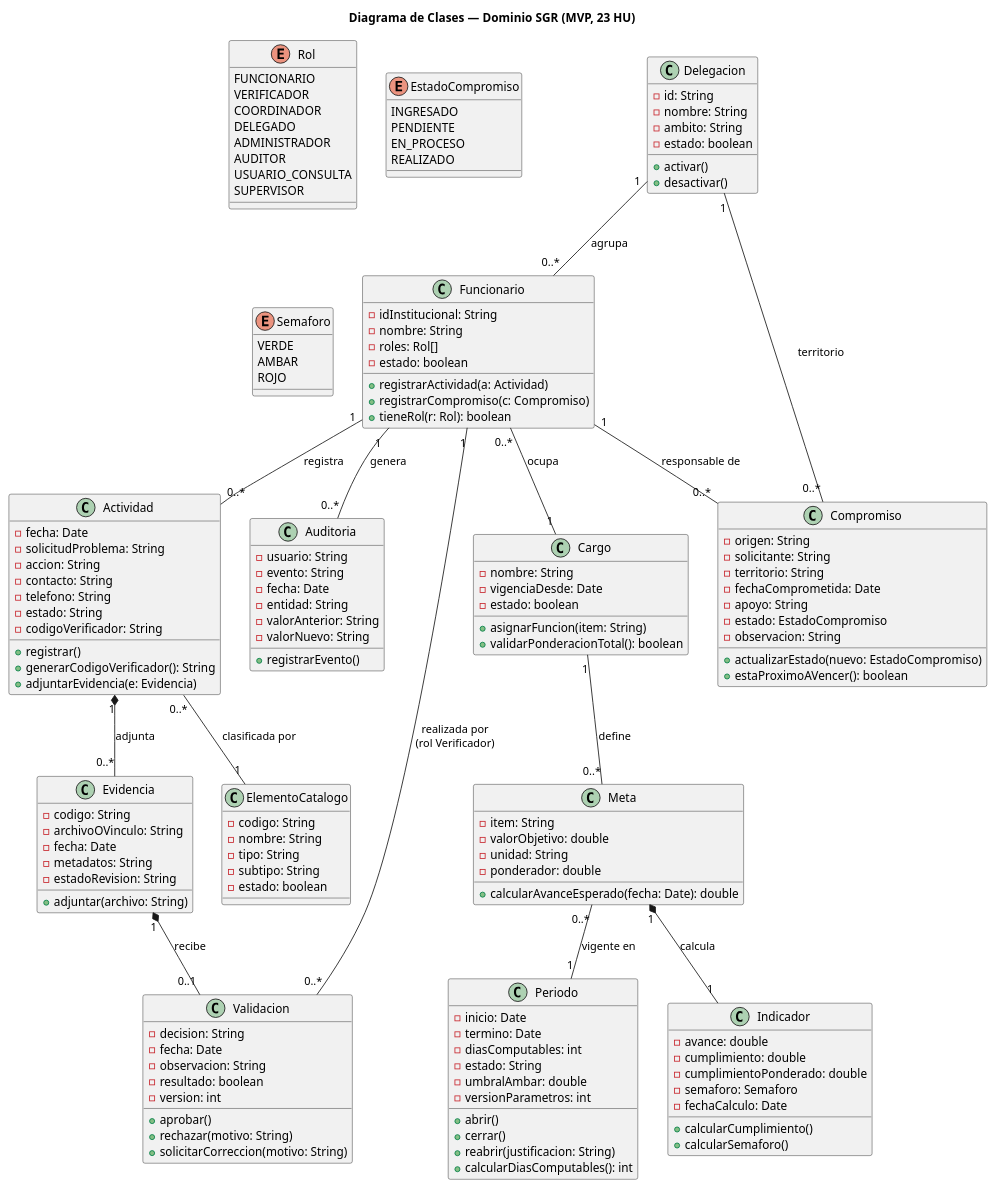
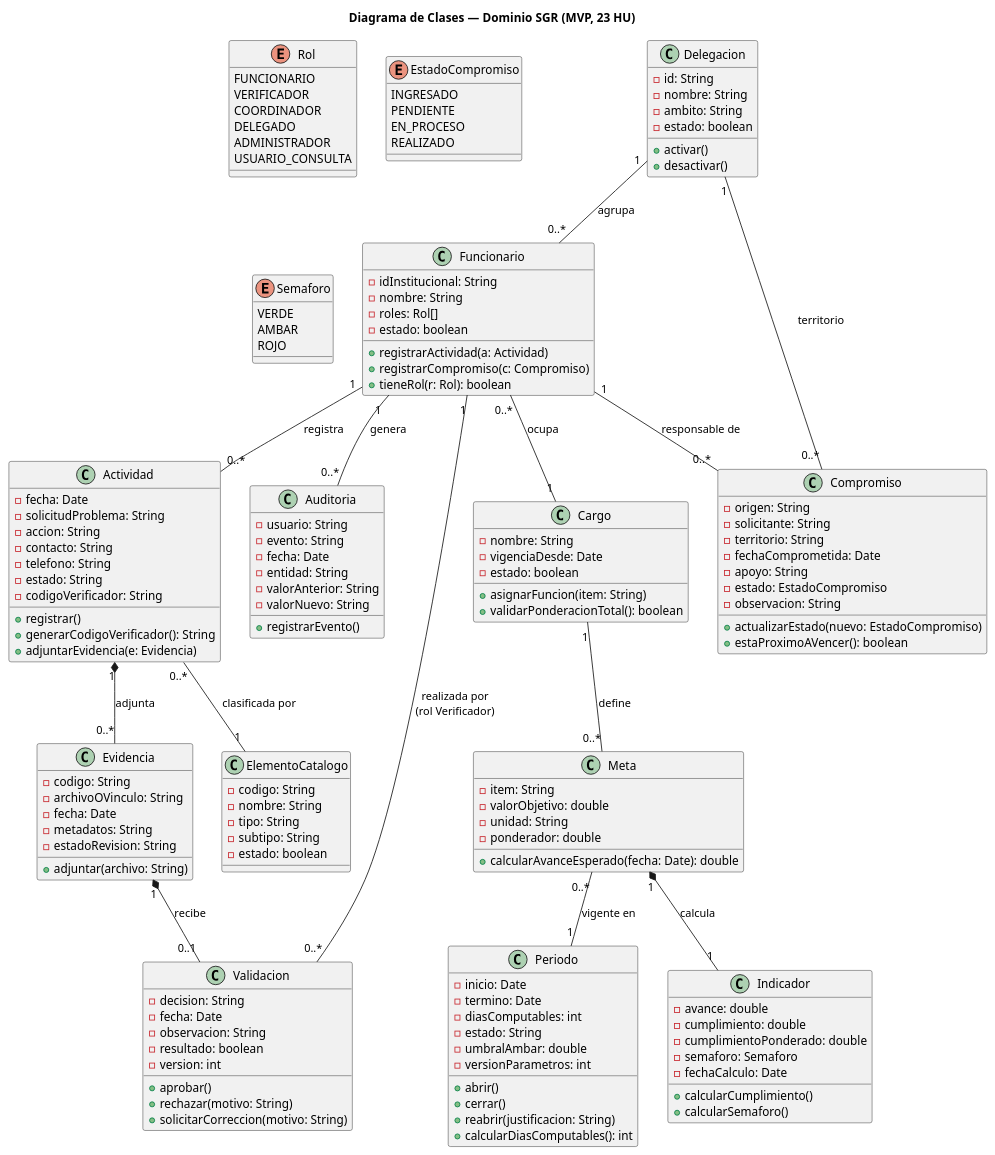
The diagram in assets/actividad-3/clases-dominio.puml (Ren-reno/ev1), drawn with PlantUML before and after one commit. The commit also changed 5 other files, not shown here.

First line of the commit message:
actividad-3: alinear diagramas de casos de uso, clases y componentes con guia-sgr.md

```diff
--- a/assets/actividad-3/clases-dominio.puml
+++ b/assets/actividad-3/clases-dominio.puml
@@ -1,163 +1,161 @@
 @startuml clases-dominio
 title Diagrama de Clases — Dominio SGR (MVP, 23 HU)
 
 enum Rol {
   FUNCIONARIO
   VERIFICADOR
   COORDINADOR
   DELEGADO
   ADMINISTRADOR
-  AUDITOR
   USUARIO_CONSULTA
-  SUPERVISOR
 }
 
 enum EstadoCompromiso {
   INGRESADO
   PENDIENTE
   EN_PROCESO
   REALIZADO
 }
 
 enum Semaforo {
   VERDE
   AMBAR
   ROJO
 }
 
 class Delegacion {
   -id: String
   -nombre: String
   -ambito: String
   -estado: boolean
   +activar()
   +desactivar()
 }
 
 class Cargo {
   -nombre: String
   -vigenciaDesde: Date
   -estado: boolean
   +asignarFuncion(item: String)
   +validarPonderacionTotal(): boolean
 }
 
 class Funcionario {
   -idInstitucional: String
   -nombre: String
   -roles: Rol[]
   -estado: boolean
   +registrarActividad(a: Actividad)
   +registrarCompromiso(c: Compromiso)
   +tieneRol(r: Rol): boolean
 }
 
 class Periodo {
   -inicio: Date
   -termino: Date
   -diasComputables: int
   -estado: String
   -umbralAmbar: double
   -versionParametros: int
   +abrir()
   +cerrar()
   +reabrir(justificacion: String)
   +calcularDiasComputables(): int
 }
 
 class Meta {
   -item: String
   -valorObjetivo: double
   -unidad: String
   -ponderador: double
   +calcularAvanceEsperado(fecha: Date): double
 }
 
 class ElementoCatalogo {
   -codigo: String
   -nombre: String
   -tipo: String
   -subtipo: String
   -estado: boolean
 }
 
 class Actividad {
   -fecha: Date
   -solicitudProblema: String
   -accion: String
   -contacto: String
   -telefono: String
   -estado: String
   -codigoVerificador: String
   +registrar()
   +generarCodigoVerificador(): String
   +adjuntarEvidencia(e: Evidencia)
 }
 
 class Compromiso {
   -origen: String
   -solicitante: String
   -territorio: String
   -fechaComprometida: Date
   -apoyo: String
   -estado: EstadoCompromiso
   -observacion: String
   +actualizarEstado(nuevo: EstadoCompromiso)
   +estaProximoAVencer(): boolean
 }
 
 class Evidencia {
   -codigo: String
   -archivoOVinculo: String
   -fecha: Date
   -metadatos: String
   -estadoRevision: String
   +adjuntar(archivo: String)
 }
 
 class Validacion {
   -decision: String
   -fecha: Date
   -observacion: String
   -resultado: boolean
   -version: int
   +aprobar()
   +rechazar(motivo: String)
   +solicitarCorreccion(motivo: String)
 }
 
 class Indicador {
   -avance: double
   -cumplimiento: double
   -cumplimientoPonderado: double
   -semaforo: Semaforo
   -fechaCalculo: Date
   +calcularCumplimiento()
   +calcularSemaforo()
 }
 
 class Auditoria {
   -usuario: String
   -evento: String
   -fecha: Date
   -entidad: String
   -valorAnterior: String
   -valorNuevo: String
   +registrarEvento()
 }
 
 Delegacion "1" -- "0..*" Funcionario : agrupa
 Funcionario "0..*" -- "1" Cargo : ocupa
 Cargo "1" -- "0..*" Meta : define
 Meta "0..*" -- "1" Periodo : vigente en
 Funcionario "1" -- "0..*" Actividad : registra
 Actividad "0..*" -- "1" ElementoCatalogo : clasificada por
 Actividad "1" *-- "0..*" Evidencia : adjunta
 Evidencia "1" *-- "0..1" Validacion : recibe
 Validacion "0..*" -- "1" Funcionario : realizada por\n(rol Verificador)
 Funcionario "1" -- "0..*" Compromiso : responsable de
 Compromiso "0..*" -- "1" Delegacion : territorio
 Meta "1" *-- "1" Indicador : calcula
 Funcionario "1" -- "0..*" Auditoria : genera
 
 @enduml
```
